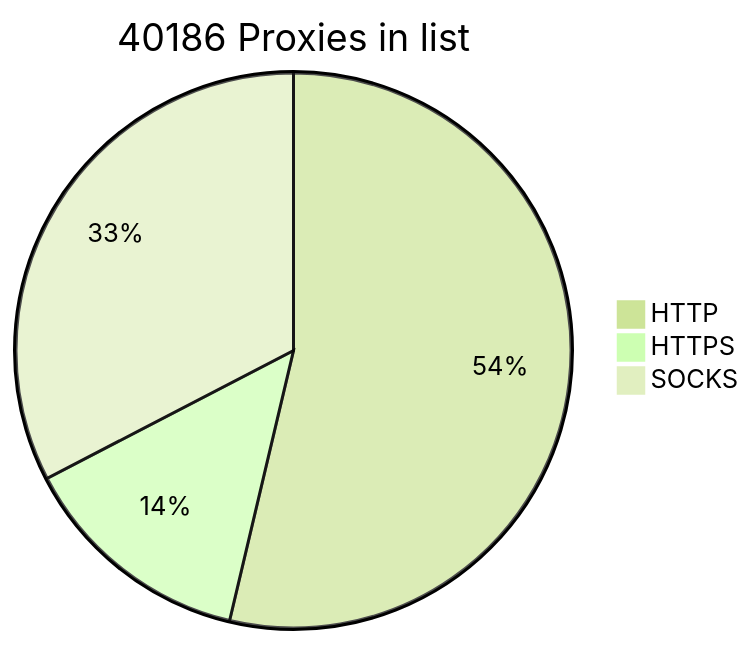
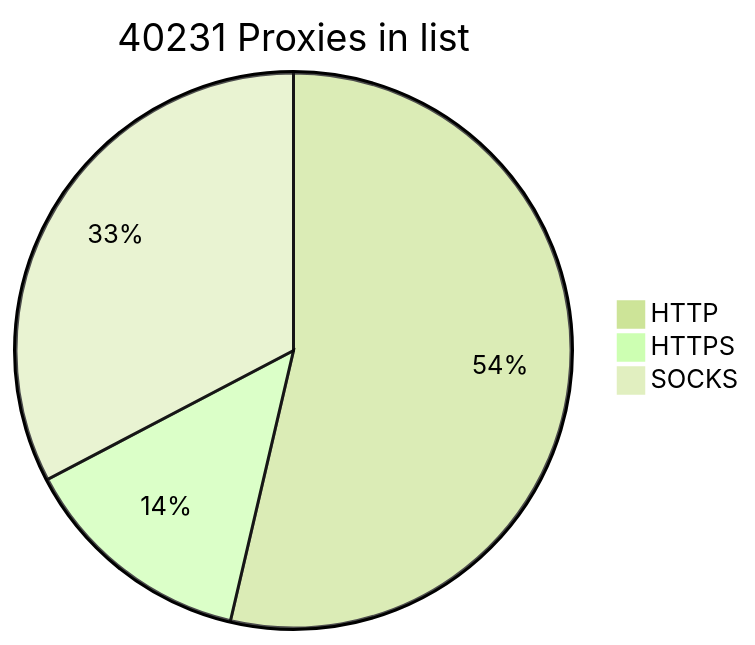
Before and after one commit to BlackSnowDot/proxylist-update-every-minute: the diagram in README.md, drawn with Mermaid (forest theme).

````diff
--- a/README.md
+++ b/README.md
@@ -2,6 +2,6 @@
 ```mermaid
-pie title 40186 Proxies in list
-    "HTTP" : 24189
+pie title 40231 Proxies in list
+    "HTTP" : 24190
     "HTTPS": 6163
-    "SOCKS" : 14694
+    "SOCKS" : 14738
 ```
````
